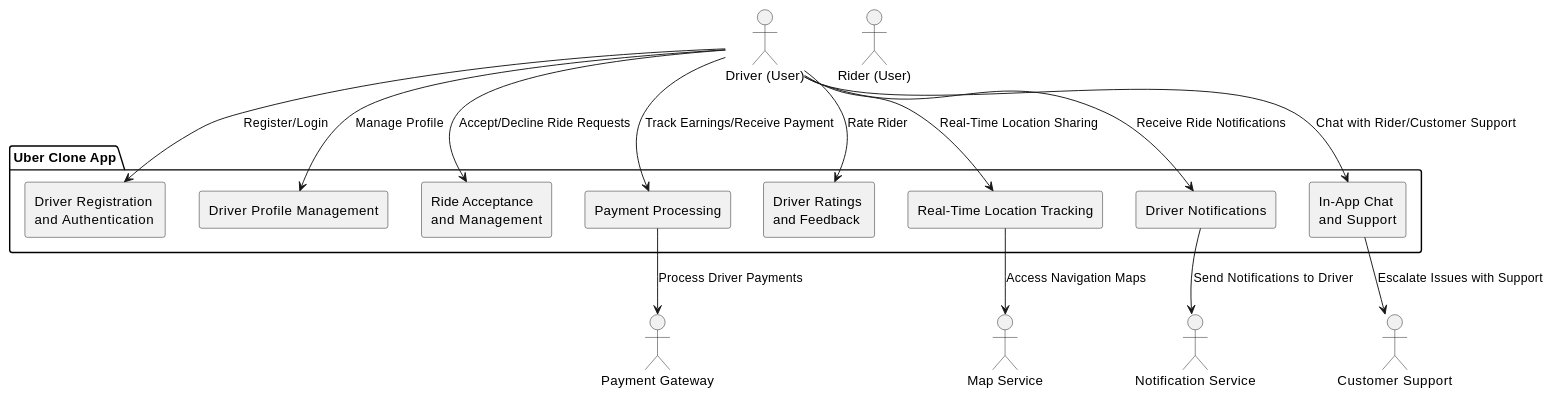
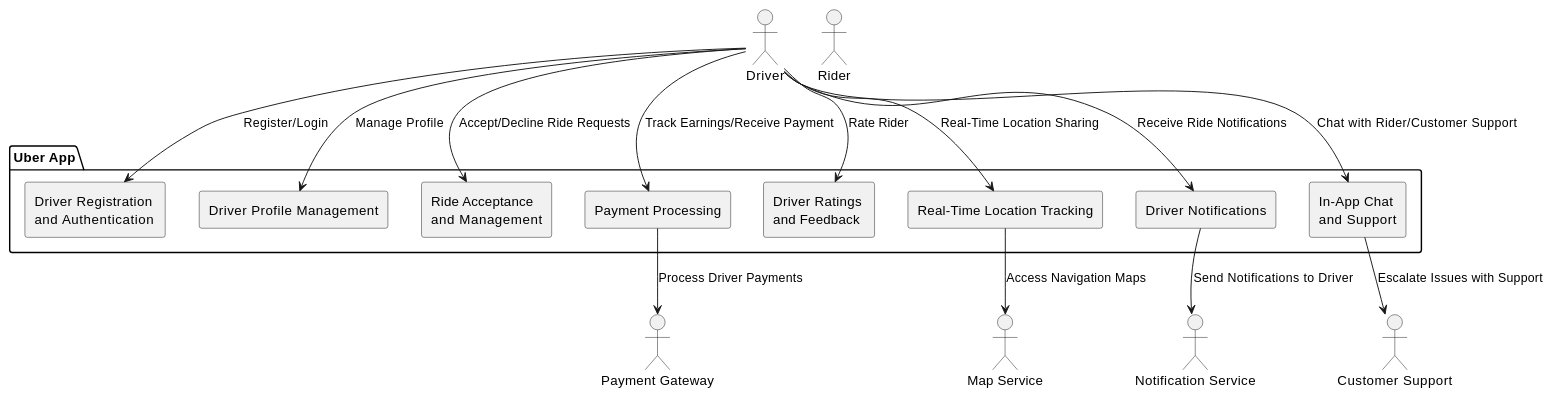
One commit to IIITLucknowSWEngg/CSAICSBTeam002 changed the fifth of 8 diagrams in Plantumlcodes.md. Above: the diagram before and after it, drawn with PlantUML. The commit also changed other lines of this file, not shown here.

````diff
--- a/Plantumlcodes.md
+++ b/Plantumlcodes.md
@@ -108,41 +168,42 @@
 ```plantuml
 @startuml
 ' External Actors
-actor "Driver (User)" as Driver
+actor "Driver" as Driver
 actor "Map Service" as MapService
 actor "Notification Service" as NotificationService
 actor "Payment Gateway" as PaymentGateway
-actor "Rider (User)" as Rider
+actor "Rider" as Rider
 actor "Customer Support" as CustomerSupport
 
-' System Boundary: Uber Clone App
-package "Uber Clone App" {
+' System Boundary: Uber App
+package "Uber App" {
 
     ' Subsystems specifically related to Driver
     rectangle "Driver Registration \nand Authentication" as DriverRegistration
     rectangle "Driver Profile Management" as DriverProfile
     rectangle "Ride Acceptance \nand Management" as RideManagement
     rectangle "Payment Processing" as DriverPayment
     rectangle "Driver Ratings \nand Feedback" as DriverRatings
     rectangle "Real-Time Location Tracking" as DriverTracking
     rectangle "Driver Notifications" as DriverNotifications
     rectangle "In-App Chat \nand Support" as DriverChatSupport
 }
 
 ' Relationships between Driver and system components
 Driver --> DriverRegistration : Register/Login
 Driver --> DriverProfile : Manage Profile
 Driver --> RideManagement : Accept/Decline Ride Requests
 Driver --> DriverPayment : Track Earnings/Receive Payment
 Driver --> DriverRatings : Rate Rider
 Driver --> DriverNotifications : Receive Ride Notifications
 Driver --> DriverChatSupport : Chat with Rider/Customer Support
 Driver --> DriverTracking : Real-Time Location Sharing
 
 ' External Interactions
 DriverTracking --> MapService : Access Navigation Maps
 DriverPayment --> PaymentGateway : Process Driver Payments
 DriverNotifications --> NotificationService : Send Notifications to Driver
 DriverChatSupport --> CustomerSupport : Escalate Issues with Support
 @enduml
+
 ```
````
